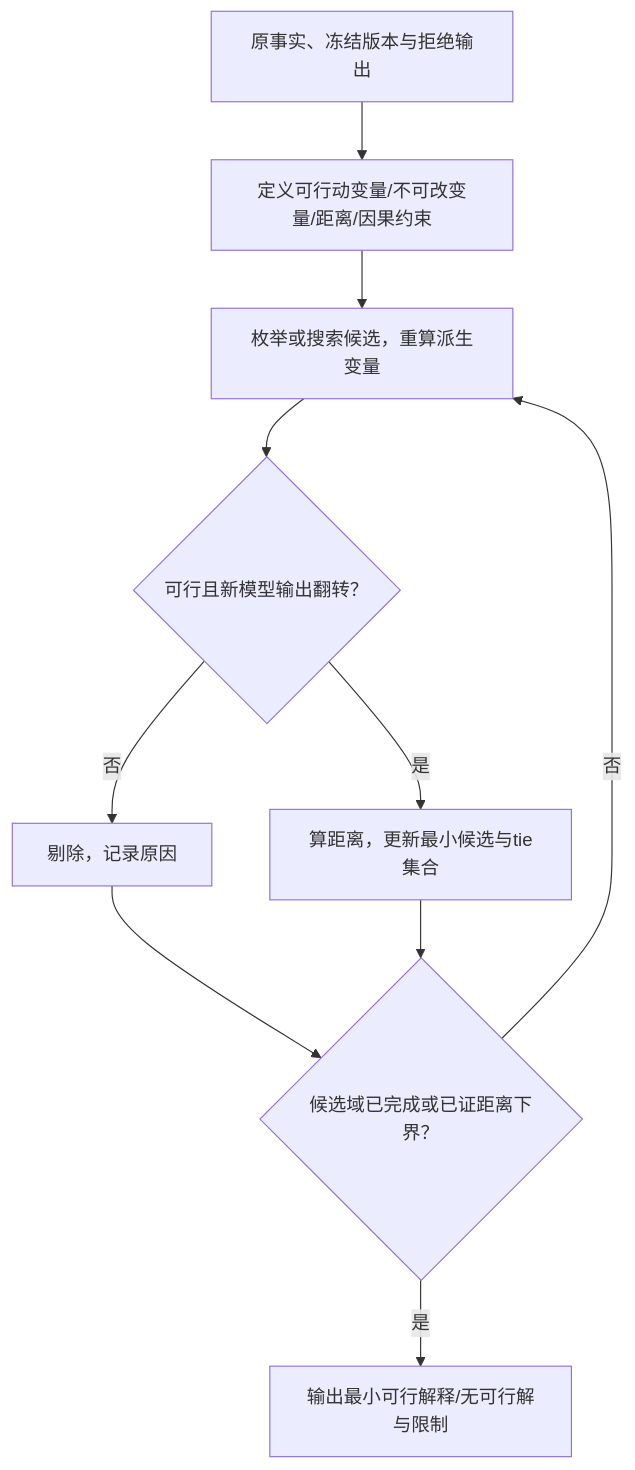
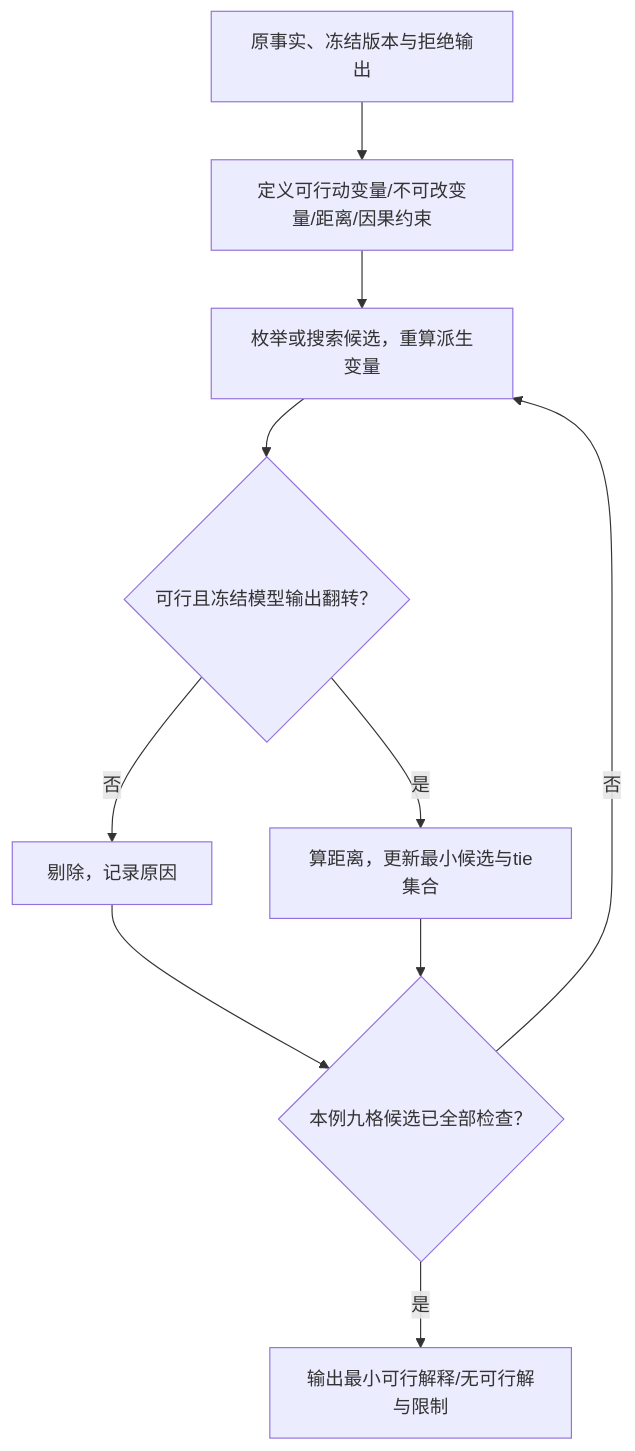
Before and after one commit to CercaTrovato/cityu-ai-course-notes: the second of 5 diagrams in IS5113_AI_Ethics_and_Regulations/notes/M04-AI透明-从看得见到信得过.md, drawn with Mermaid. The commit also changed other lines of this file and 82 other files, not shown here.

````diff
--- a/IS5113_AI_Ethics_and_Regulations/notes/M04-AI透明-从看得见到信得过.md
+++ b/IS5113_AI_Ethics_and_Regulations/notes/M04-AI透明-从看得见到信得过.md
@@ -2128,12 +2050,12 @@
 ```mermaid
 flowchart TD
  A["原事实、冻结版本与拒绝输出"] --> B["定义可行动变量/不可改变量/距离/因果约束"]
  B --> C["枚举或搜索候选，重算派生变量"]
- C --> D{"可行且新模型输出翻转？"}
+ C --> D{"可行且冻结模型输出翻转？"}
  D -->|否| E["剔除，记录原因"]
  D -->|是| F["算距离，更新最小候选与tie集合"]
- E --> G{"候选域已完成或已证距离下界？"}
+ E --> G{"本例九格候选已全部检查？"}
  F --> G
  G -->|否| C
  G -->|是| H["输出最小可行解释/无可行解与限制"]
 ```
````
